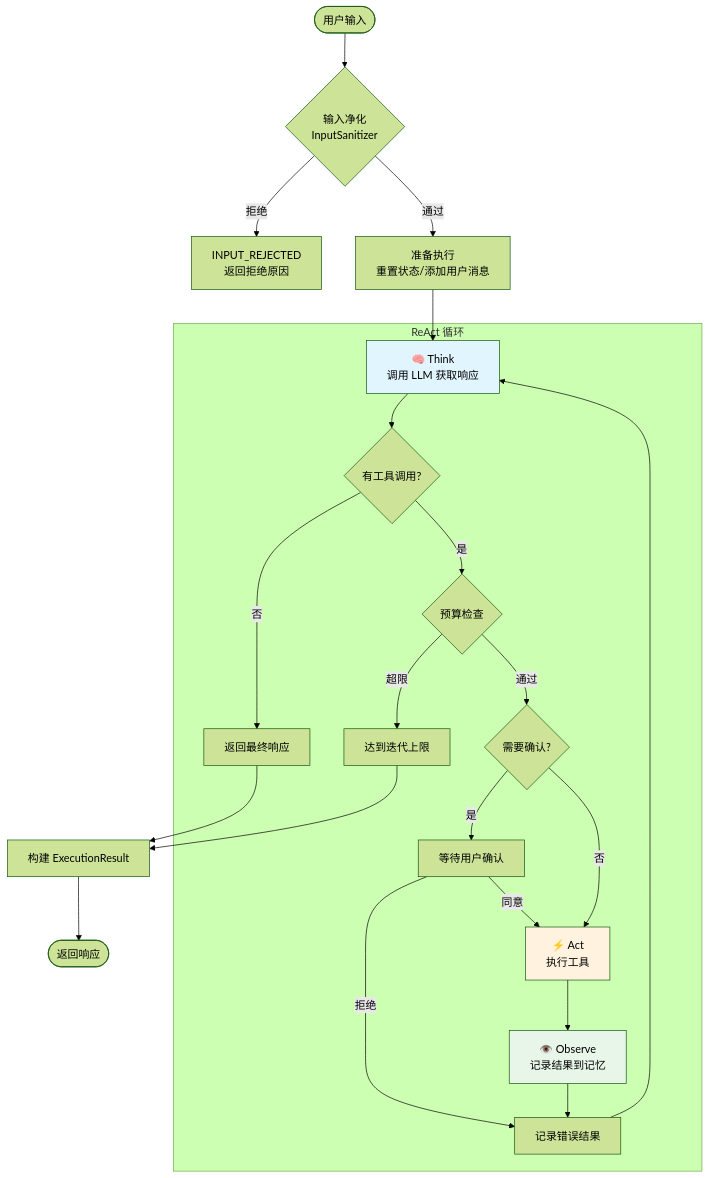
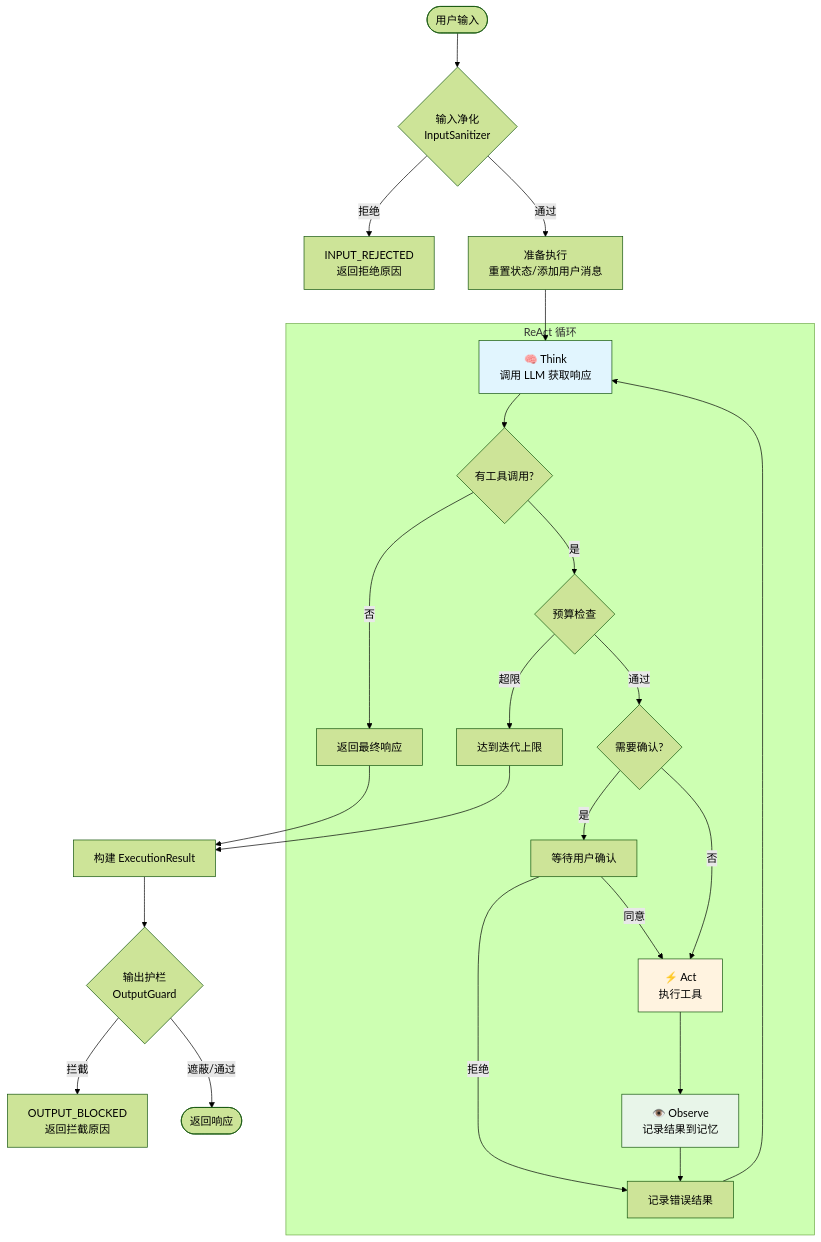
The third of 4 diagrams in docs/architecture.md (Tobytywang/NanoAgent), drawn with Mermaid (forest theme) before and after one commit. The commit also changed other lines of this file and 20 other files, not shown here.

````diff
--- a/docs/architecture.md
+++ b/docs/architecture.md
@@ -242,35 +243,37 @@
 ```mermaid
 flowchart TD
     START([用户输入]) --> SANITIZE{输入净化<br/>InputSanitizer}
     SANITIZE -->|拒绝| REJECTED[INPUT_REJECTED<br/>返回拒绝原因]
     SANITIZE -->|通过| PREP[准备执行<br/>重置状态/添加用户消息]
     PREP --> THINK
 
     subgraph Loop["ReAct 循环"]
         THINK["🧠 Think<br/>调用 LLM 获取响应"]
         THINK --> CHECK{有工具调用?}
         CHECK -->|否| FINAL[返回最终响应]
         CHECK -->|是| BUDGET{预算检查}
 
         BUDGET -->|超限| MAX[达到迭代上限]
         BUDGET -->|通过| CONFIRM{需要确认?}
 
         CONFIRM -->|是| USER_CONFIRM[等待用户确认]
         USER_CONFIRM -->|拒绝| OBSERVE_ERROR[记录错误结果]
         USER_CONFIRM -->|同意| ACT
         CONFIRM -->|否| ACT
 
         ACT["⚡ Act<br/>执行工具"]
         ACT --> OBSERVE["👁️ Observe<br/>记录结果到记忆"]
         OBSERVE --> OBSERVE_ERROR
         OBSERVE_ERROR --> THINK
     end
 
     FINAL --> BUILD[构建 ExecutionResult]
     MAX --> BUILD
-    BUILD --> END([返回响应])
+    BUILD --> GUARD{输出护栏<br/>OutputGuard}
+    GUARD -->|拦截| BLOCKED[OUTPUT_BLOCKED<br/>返回拦截原因]
+    GUARD -->|遮蔽/通过| END([返回响应])
 
     style THINK fill:#e1f5fe
     style ACT fill:#fff3e0
     style OBSERVE fill:#e8f5e9
 ```
````
